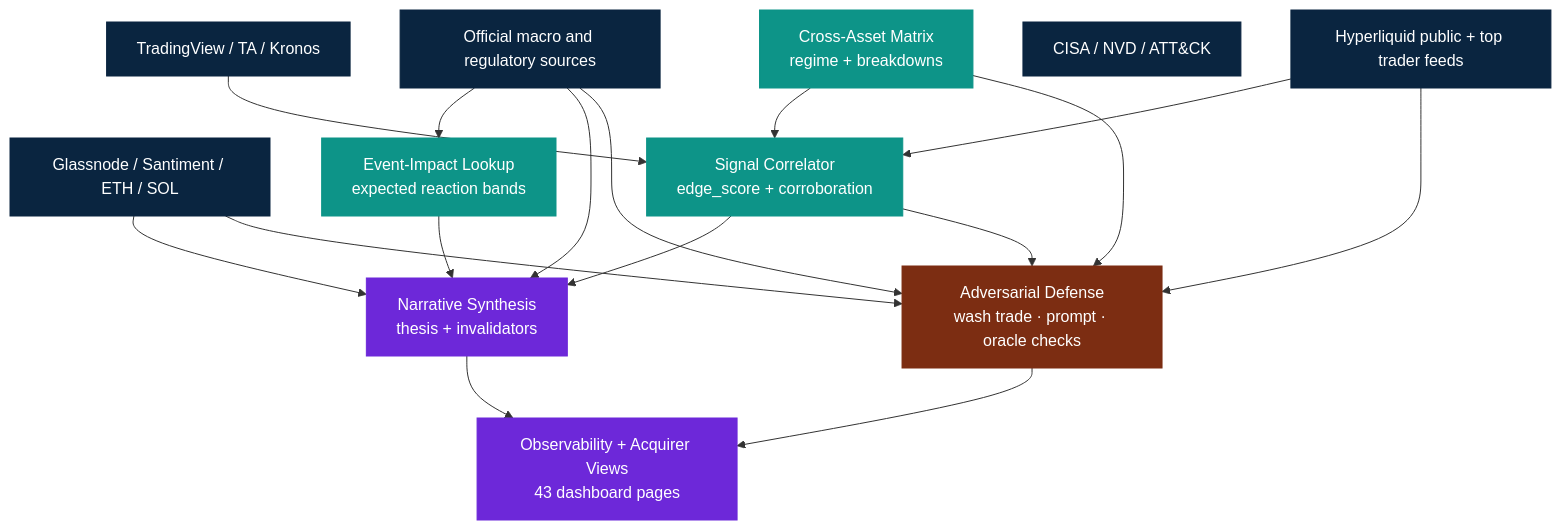
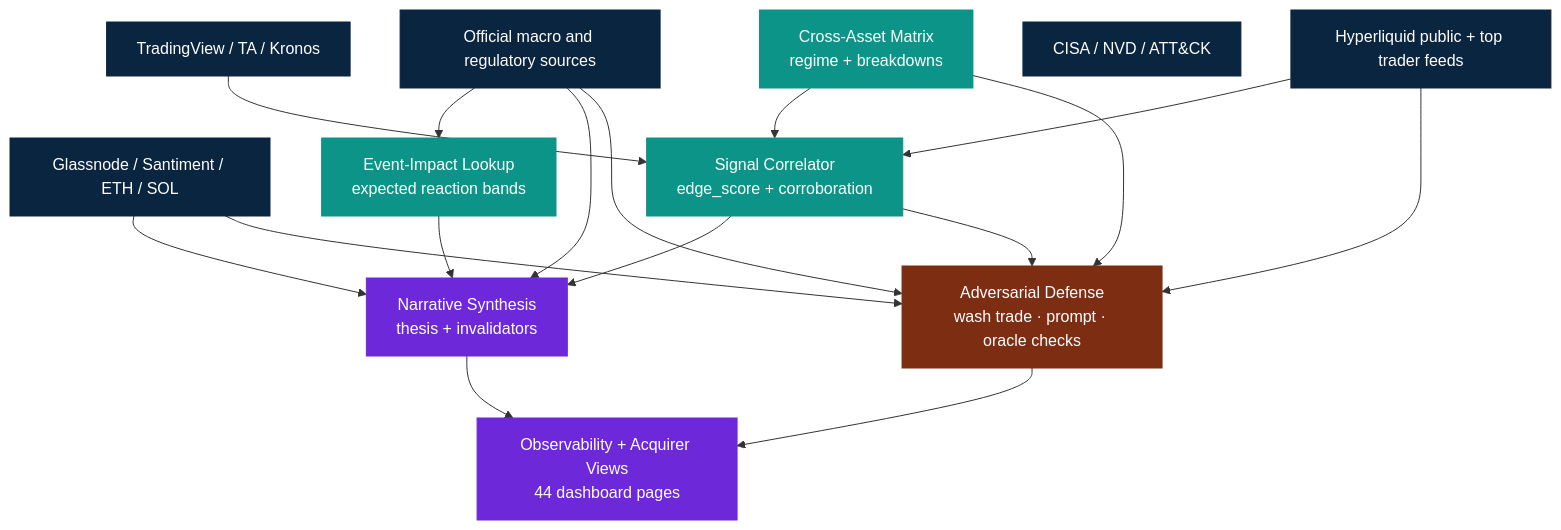
Before and after one commit to arigatoexpress/Sapphire: the second of 8 diagrams in README.md, drawn with Mermaid. The commit also changed other lines of this file and 17 other files, not shown here.

````diff
--- a/README.md
+++ b/README.md
@@ -155,38 +155,38 @@
 ```mermaid
 flowchart TB
     classDef source fill:#0A2540,stroke:#0A2540,color:#fff
     classDef model fill:#0d9488,stroke:#0d9488,color:#fff
     classDef guard fill:#7c2d12,stroke:#7c2d12,color:#fff
     classDef output fill:#6d28d9,stroke:#6d28d9,color:#fff
 
     TV[TradingView / TA / Kronos]:::source
     HL[Hyperliquid public + top trader feeds]:::source
     Macro[Official macro and regulatory sources]:::source
     Chain[Glassnode / Santiment / ETH / SOL]:::source
     Threat[CISA / NVD / ATT&CK]:::source
 
     Corr[Signal Correlator<br/>edge_score + corroboration]:::model
     Regime[Cross-Asset Matrix<br/>regime + breakdowns]:::model
     Impact[Event-Impact Lookup<br/>expected reaction bands]:::model
     Narrative[Narrative Synthesis<br/>thesis + invalidators]:::output
     Adv[Adversarial Defense<br/>wash trade · prompt · oracle checks]:::guard
-    Obs[Observability + Acquirer Views<br/>43 dashboard pages]:::output
+    Obs[Observability + Acquirer Views<br/>44 dashboard pages]:::output
 
     TV --> Corr
     HL --> Corr
     Macro --> Impact
     Macro --> Narrative
     Chain --> Narrative
     Regime --> Corr
     Corr --> Narrative
     Impact --> Narrative
 
     Corr --> Adv
     Regime --> Adv
     Macro --> Adv
     Chain --> Adv
     HL --> Adv
 
     Narrative --> Obs
     Adv --> Obs
 ```
````
